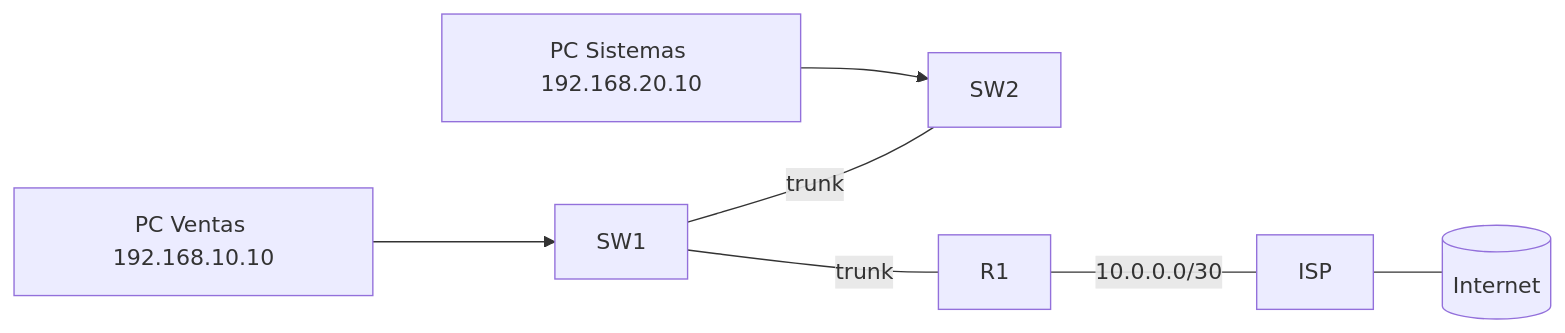
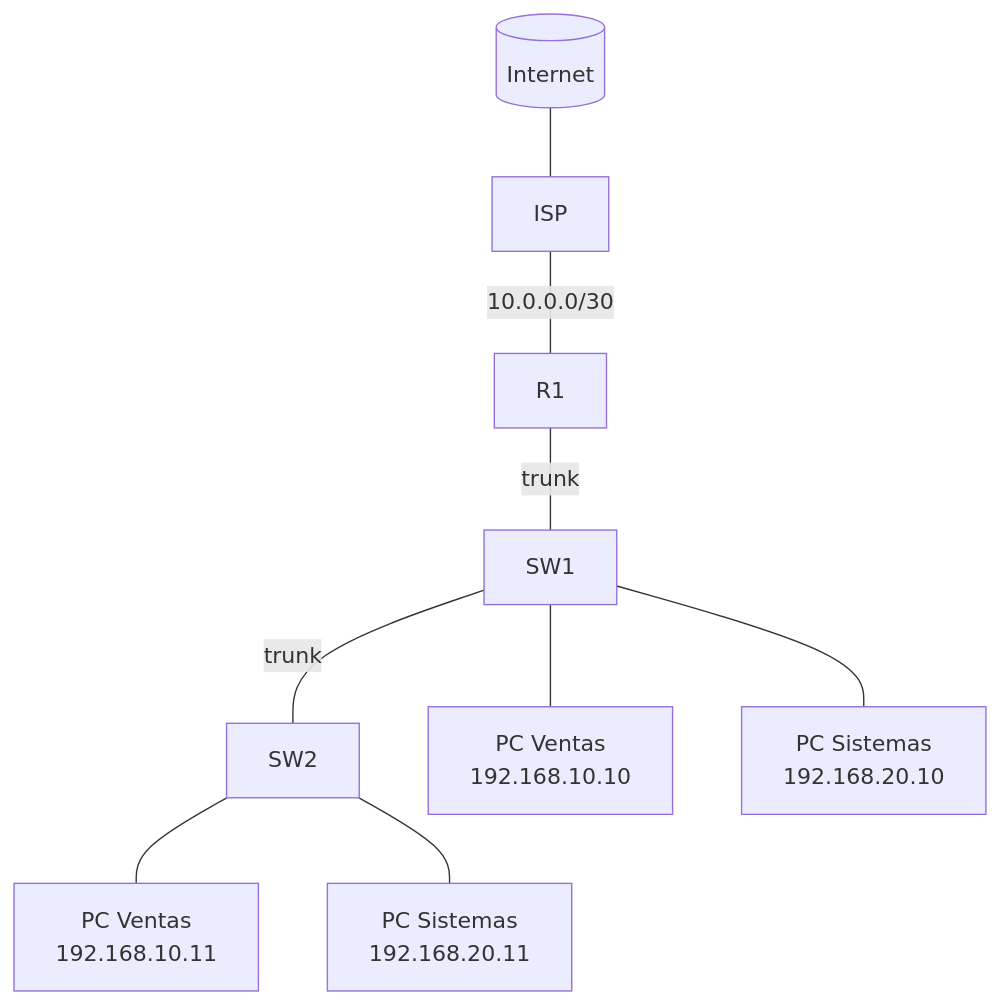
One commit to fuis18/ccna-net changed the diagram in src/content/docs/03-network-configuration/exercise.md. Above: the diagram before and after it, drawn with Mermaid. The commit also changed other lines of this file and 18 other files, not shown here.

````diff
--- a/src/content/docs/03-network-configuration/exercise.md
+++ b/src/content/docs/03-network-configuration/exercise.md
@@ -12,9 +10,11 @@
 ```mermaid
-graph LR
-    V[PC Ventas 192.168.10.10] --> SW1
-    S[PC Sistemas 192.168.20.10] --> SW2
+graph TB
+    I[(Internet)] --- ISP
+    ISP[ISP] ---|10.0.0.0/30| R1
     SW1[SW1] ---|trunk| SW2[SW2]
-    SW1 ---|trunk| R1[R1]
-    R1 ---|10.0.0.0/30| ISP[ISP]
-    ISP --- I[(Internet)]
+    R1[R1] ---|trunk| SW1
+    SW1 --- V1[PC Ventas<br/>192.168.10.10]
+    SW1 --- S1[PC Sistemas<br/>192.168.20.10]
+    SW2 --- V2[PC Ventas<br/>192.168.10.11]
+    SW2 --- S2[PC Sistemas<br/>192.168.20.11]
 ```
````
